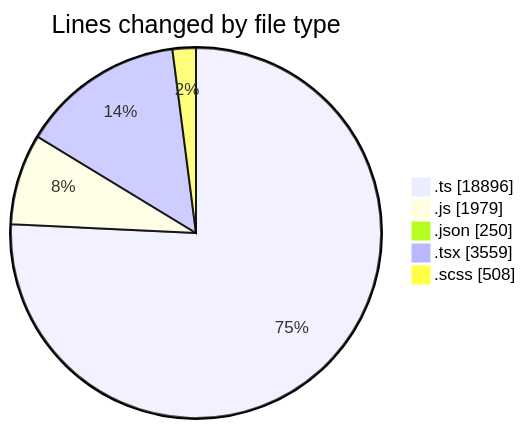
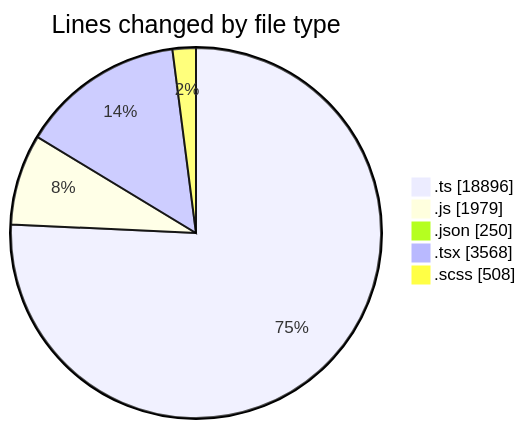
Before and after one commit to momahboobian/code-tracking: the first of 2 diagrams in 2026-06-18/cda/README.md, drawn with Mermaid. The commit also changed other lines of this file and 1 other file, not shown here.

````diff
--- a/2026-06-18/cda/README.md
+++ b/2026-06-18/cda/README.md
@@ -69,9 +69,9 @@
 ```mermaid
 pie showData
 title Lines changed by file type
 ".ts" : 18896
 ".js" : 1979
 ".json" : 250
-".tsx" : 3559
+".tsx" : 3568
 ".scss" : 508
 ```
````
